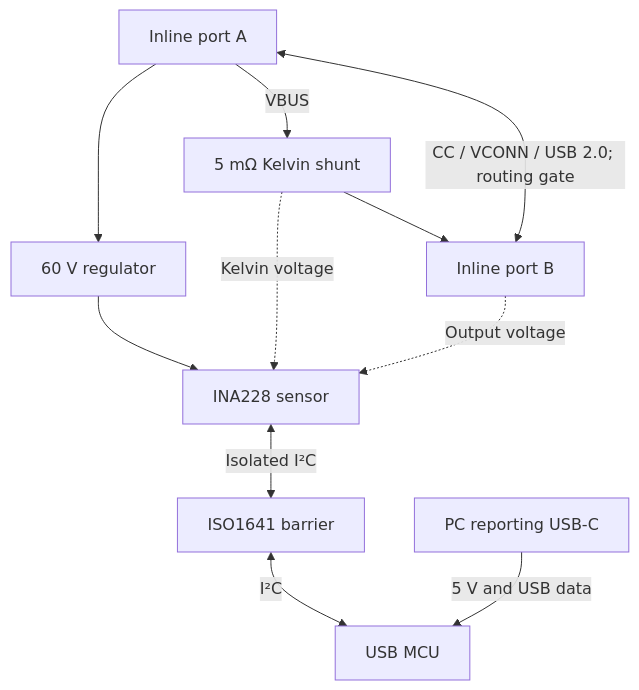
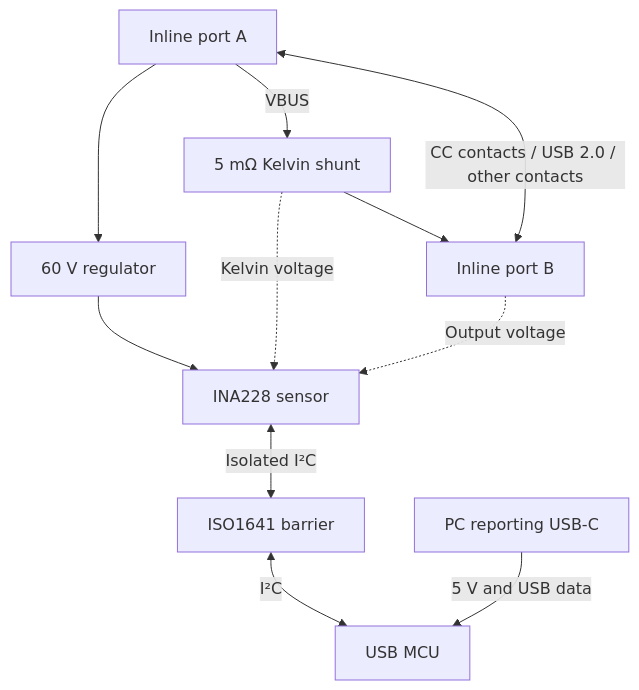
One commit to thereprocase/power-widget changed the diagram in docs/architecture.md. Above: the diagram before and after it, drawn with Mermaid. The commit also changed other lines of this file and 34 other files, not shown here.

````diff
--- a/docs/architecture.md
+++ b/docs/architecture.md
@@ -7,13 +7,13 @@
 ```mermaid
 flowchart TD
   A["Inline port A"] -->|VBUS| R["5 mΩ Kelvin shunt"]
   R --> B["Inline port B"]
-  A <-->|"CC / VCONN / USB 2.0; routing gate"| B
+  A <-->|"CC contacts / USB 2.0 / other contacts"| B
   A --> L["60 V regulator"]
   L --> S["INA228 sensor"]
   R -. "Kelvin voltage" .-> S
   B -. "Output voltage" .-> S
   S <-->|"Isolated I²C"| I["ISO1641 barrier"]
   I <-->|I²C| M["USB MCU"]
   P["PC reporting USB-C"] -->|"5 V and USB data"| M
 ```
````
